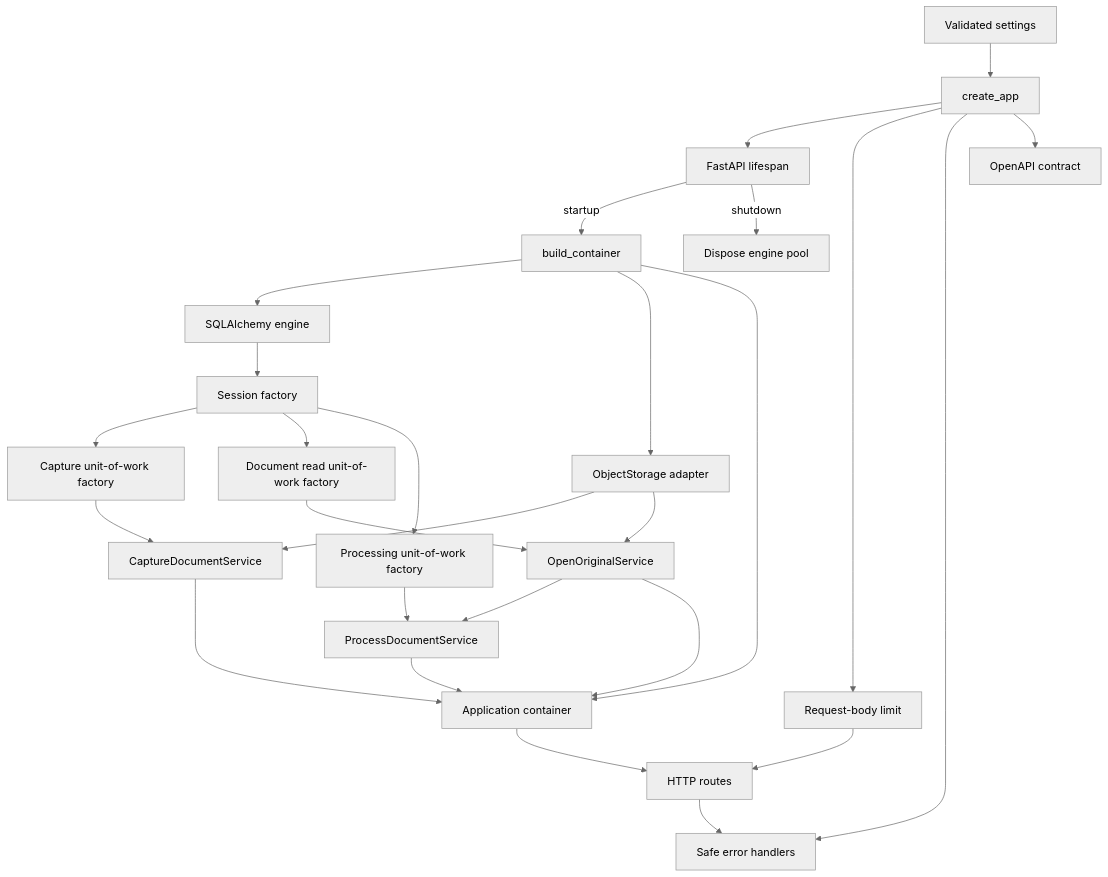
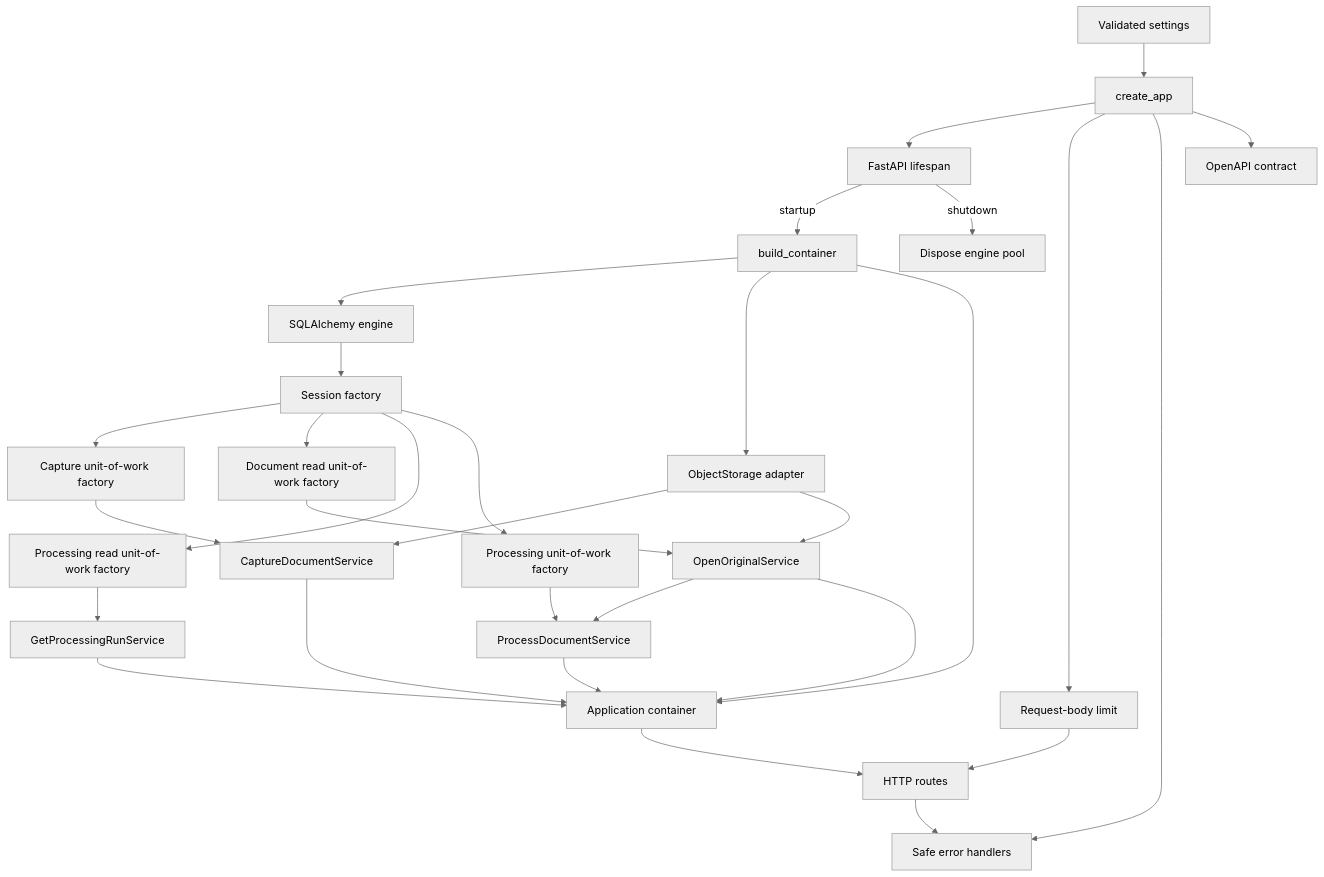
Before and after one commit to rnkraus/investment-research: the first of 2 diagrams in backend/src/investment_research/README.md, drawn with Mermaid (neutral theme). The commit also changed other lines of this file and 19 other files, not shown here.

Commit message:
feat(processing): expose workspace-scoped run status

````diff
--- a/backend/src/investment_research/README.md
+++ b/backend/src/investment_research/README.md
@@ -19,29 +19,32 @@
 ```mermaid
 flowchart TD
     SETTINGS[Validated settings] --> MAIN[create_app]
     MAIN --> LIFE[FastAPI lifespan]
     LIFE -->|startup| BOOT[build_container]
     BOOT --> ENGINE[SQLAlchemy engine]
     ENGINE --> SESSIONS[Session factory]
     SESSIONS --> CAPTUREUOW[Capture unit-of-work factory]
     SESSIONS --> READUOW[Document read unit-of-work factory]
+    SESSIONS --> STATUSUOW[Processing read unit-of-work factory]
     SESSIONS --> PROCESSUOW[Processing unit-of-work factory]
     BOOT --> STORAGE[ObjectStorage adapter]
     CAPTUREUOW --> CAPTURE[CaptureDocumentService]
     READUOW --> ORIGINAL[OpenOriginalService]
+    STATUSUOW --> STATUS[GetProcessingRunService]
     PROCESSUOW --> PROCESS[ProcessDocumentService]
     STORAGE --> CAPTURE
     STORAGE --> ORIGINAL
     ORIGINAL --> PROCESS
     BOOT --> STATE[Application container]
     CAPTURE --> STATE
     ORIGINAL --> STATE
+    STATUS --> STATE
     PROCESS --> STATE
     MAIN --> LIMIT[Request-body limit]
     LIMIT --> ROUTES[HTTP routes]
     MAIN --> ERRORS[Safe error handlers]
     MAIN --> OPENAPI[OpenAPI contract]
     STATE --> ROUTES
     ROUTES --> ERRORS
     LIFE -->|shutdown| CLOSE[Dispose engine pool]
 ```
````
